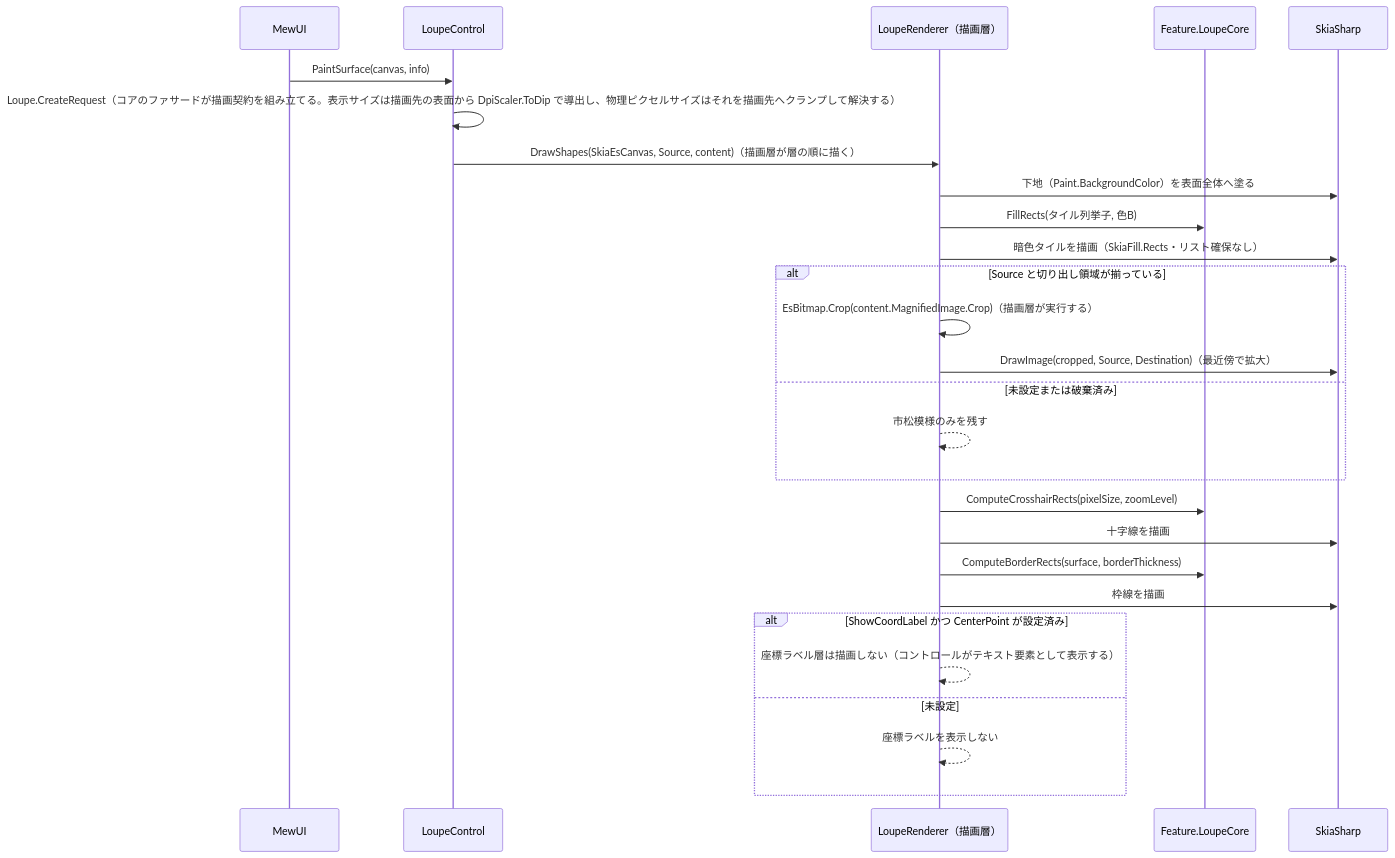
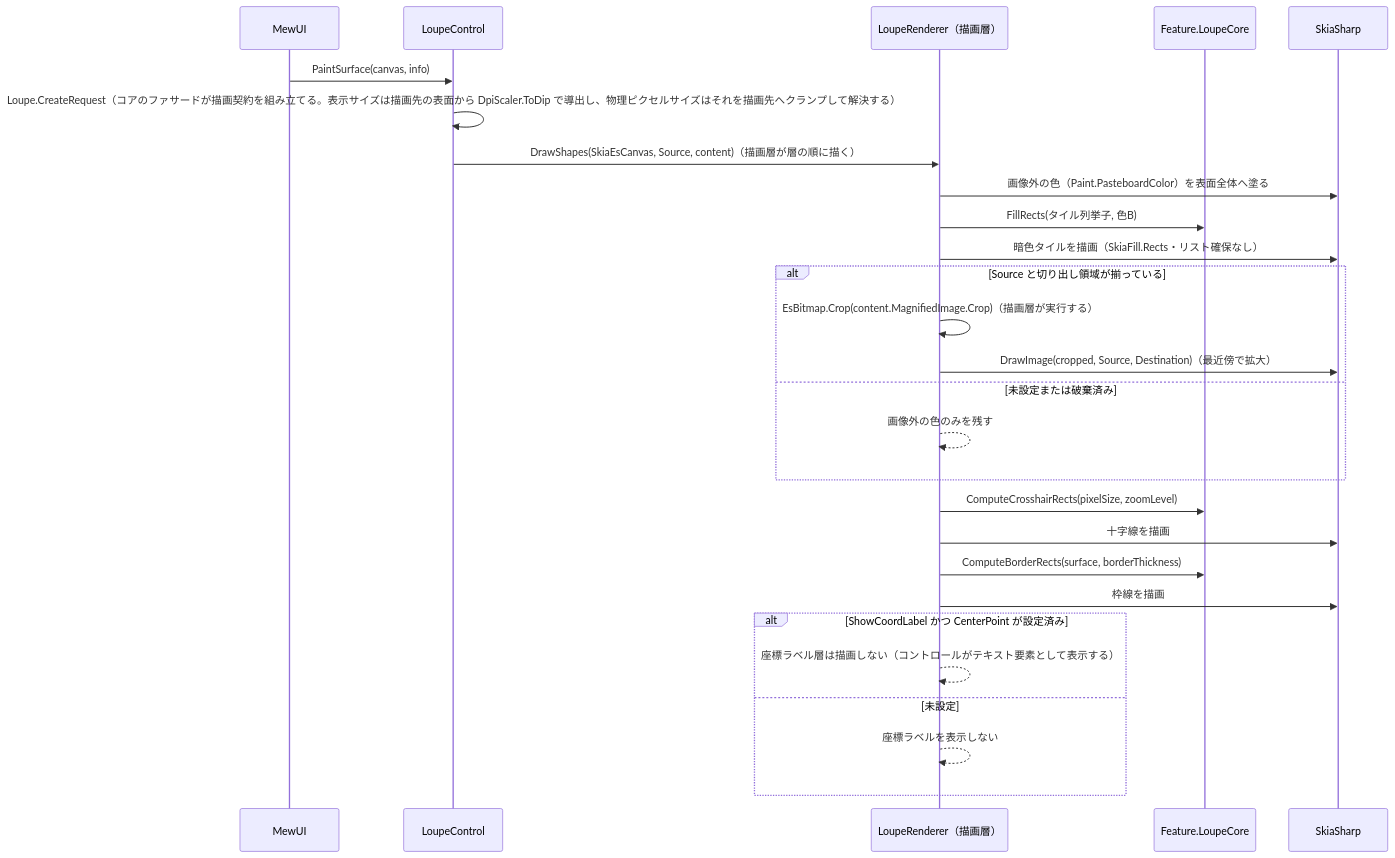
One commit to tomokuni/SaveEvidence changed the second of 2 diagrams in src/LoupeControl.MewUI/SPEC_System.md. Above: the diagram before and after it, drawn with Mermaid. The commit also changed other lines of this file and 80 other files, not shown here.

````diff
--- a/src/LoupeControl.MewUI/SPEC_System.md
+++ b/src/LoupeControl.MewUI/SPEC_System.md
@@ -186,30 +182,30 @@
 ```mermaid
 sequenceDiagram
     participant MW as MewUI
     participant LC as LoupeControl
     participant R as LoupeRenderer（描画層）
     participant C as Feature.LoupeCore
     participant SK as SkiaSharp
 
     MW->>LC: PaintSurface(canvas, info)
     LC->>LC: Loupe.CreateRequest（コアのファサードが描画契約を組み立てる。表示サイズは描画先の表面から DpiScaler.ToDip で導出し、物理ピクセルサイズはそれを描画先へクランプして解決する）
     LC->>R: DrawShapes(SkiaEsCanvas, Source, content)（描画層が層の順に描く）
-    R->>SK: 下地（Paint.BackgroundColor）を表面全体へ塗る
+    R->>SK: 画像外の色（Paint.PasteboardColor）を表面全体へ塗る
     R->>C: FillRects(タイル列挙子, 色B)
     R->>SK: 暗色タイルを描画（SkiaFill.Rects・リスト確保なし）
     alt Source と切り出し領域が揃っている
         R->>R: EsBitmap.Crop(content.MagnifiedImage.Crop)（描画層が実行する）
         R->>SK: DrawImage(cropped, Source, Destination)（最近傍で拡大）
     else 未設定または破棄済み
-        R-->>R: 市松模様のみを残す
+        R-->>R: 画像外の色のみを残す
     end
     R->>C: ComputeCrosshairRects(pixelSize, zoomLevel)
     R->>SK: 十字線を描画
     R->>C: ComputeBorderRects(surface, borderThickness)
     R->>SK: 枠線を描画
     alt ShowCoordLabel かつ CenterPoint が設定済み
         R-->>R: 座標ラベル層は描画しない（コントロールがテキスト要素として表示する）
     else 未設定
         R-->>R: 座標ラベルを表示しない
     end
 ```
````
